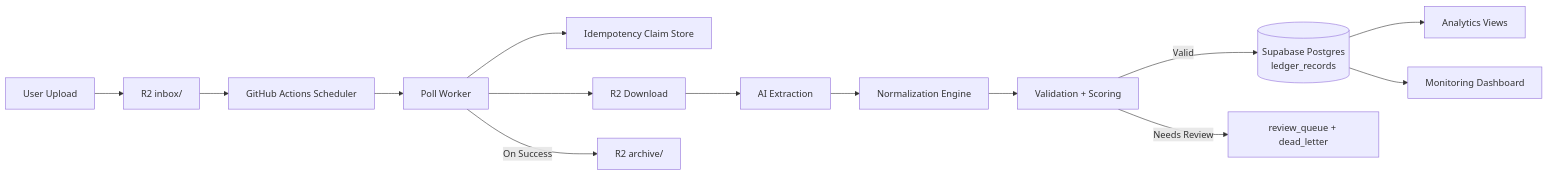
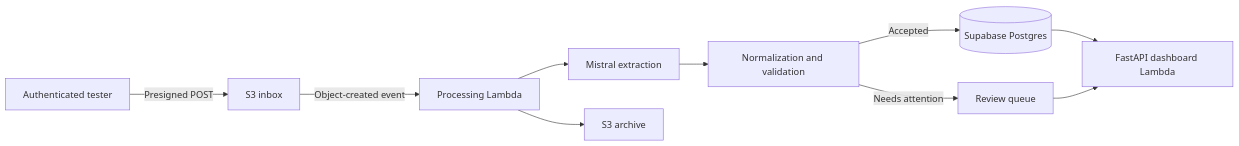
Before and after one commit to atikulmunna/visual-invoice-processor: the diagram in README.md, drawn with Mermaid. The commit also changed other lines of this file and 15 other files, not shown here.

````diff
--- a/README.md
+++ b/README.md
@@ -66,20 +9,12 @@
 ```mermaid
 flowchart LR
-    U[User Upload] --> R2I[R2 inbox/]
-    R2I --> GH[GitHub Actions Scheduler]
-    GH --> W[Poll Worker]
-
-    W --> C[Idempotency Claim Store]
-    W --> D[R2 Download]
-    D --> X[AI Extraction]
-    X --> N[Normalization Engine]
-    N --> V[Validation + Scoring]
-
-    V -->|Valid| P[(Supabase Postgres<br/>ledger_records)]
-    V -->|Needs Review| RQ[review_queue + dead_letter]
-
-    P --> AV[Analytics Views]
-    P --> DASH[Monitoring Dashboard]
-
-    W -->|On Success| R2A[R2 archive/]
+    U[Authenticated tester] -->|Presigned POST| S3[S3 inbox]
+    S3 -->|Object-created event| W[Processing Lambda]
+    W --> X[Mistral extraction]
+    X --> N[Normalization and validation]
+    N -->|Accepted| DB[(Supabase Postgres)]
+    N -->|Needs attention| Q[Review queue]
+    W --> A[S3 archive]
+    DB --> UI[FastAPI dashboard Lambda]
+    Q --> UI
 ```
````
